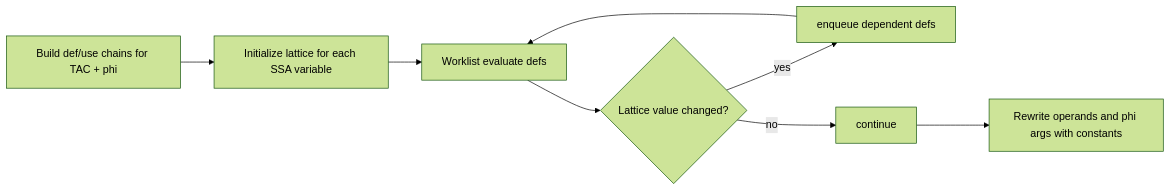
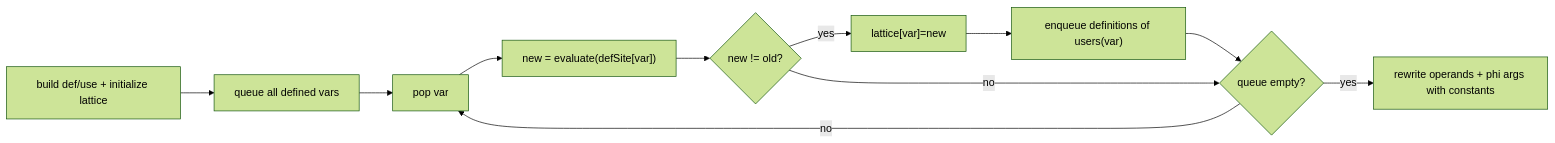
One commit to NitishM2022/MochaCompiler changed the second of 6 diagrams in docs/architecture/optimization.md. Above: the diagram before and after it, drawn with Mermaid (forest theme). The commit also changed other lines of this file and 62 other files, not shown here.

````diff
--- a/docs/architecture/optimization.md
+++ b/docs/architecture/optimization.md
@@ -56,10 +79,13 @@
 ```mermaid
 flowchart LR
-    A["Build def/use chains for TAC + phi"] --> B["Initialize lattice for each SSA variable"]
-    B --> C["Worklist evaluate defs"]
-    C --> D{"Lattice value changed?"}
-    D -- "yes" --> E["enqueue dependent defs"]
-    D -- "no" --> F["continue"]
-    E --> C
-    F --> G["Rewrite operands and phi args with constants"]
+    A["build def/use + initialize lattice"] --> B["queue all defined vars"]
+    B --> C["pop var"]
+    C --> D["new = evaluate(defSite[var])"]
+    D --> E{"new != old?"}
+    E -- "yes" --> F["lattice[var]=new"]
+    F --> G["enqueue definitions of users(var)"]
+    G --> H{"queue empty?"}
+    E -- "no" --> H
+    H -- "no" --> C
+    H -- "yes" --> I["rewrite operands + phi args with constants"]
 ```
````
